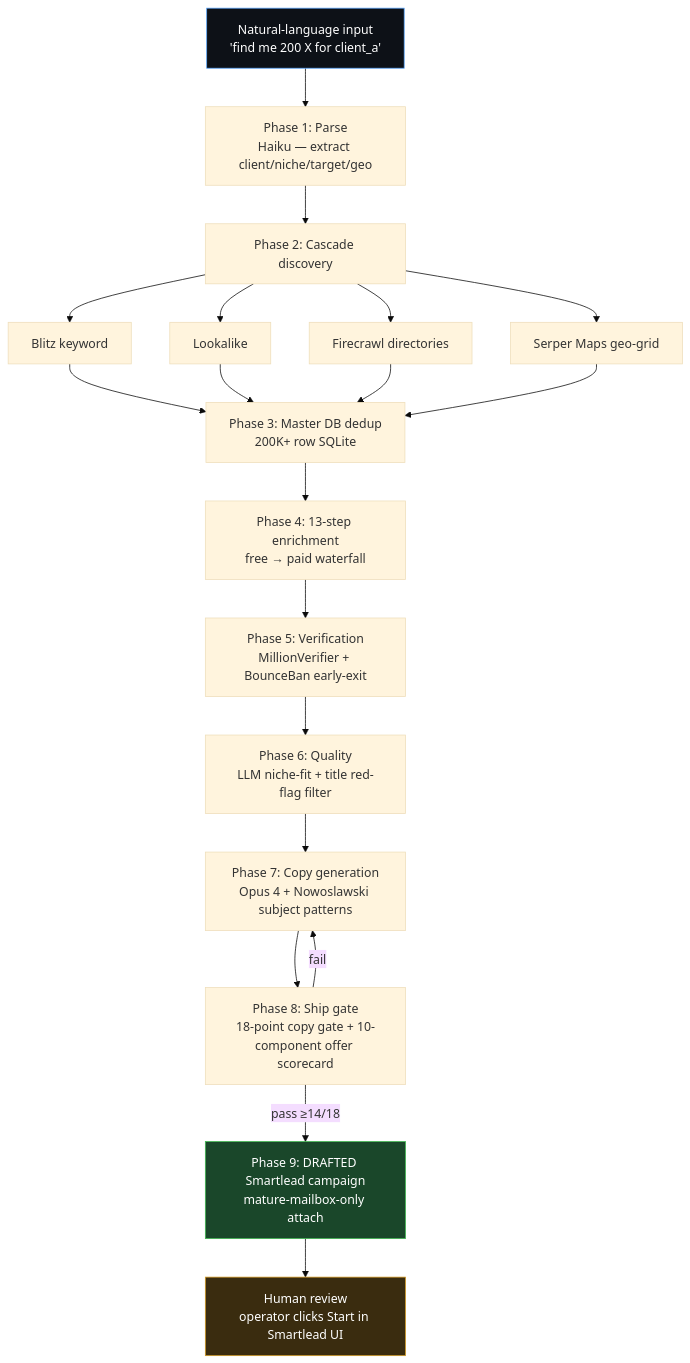
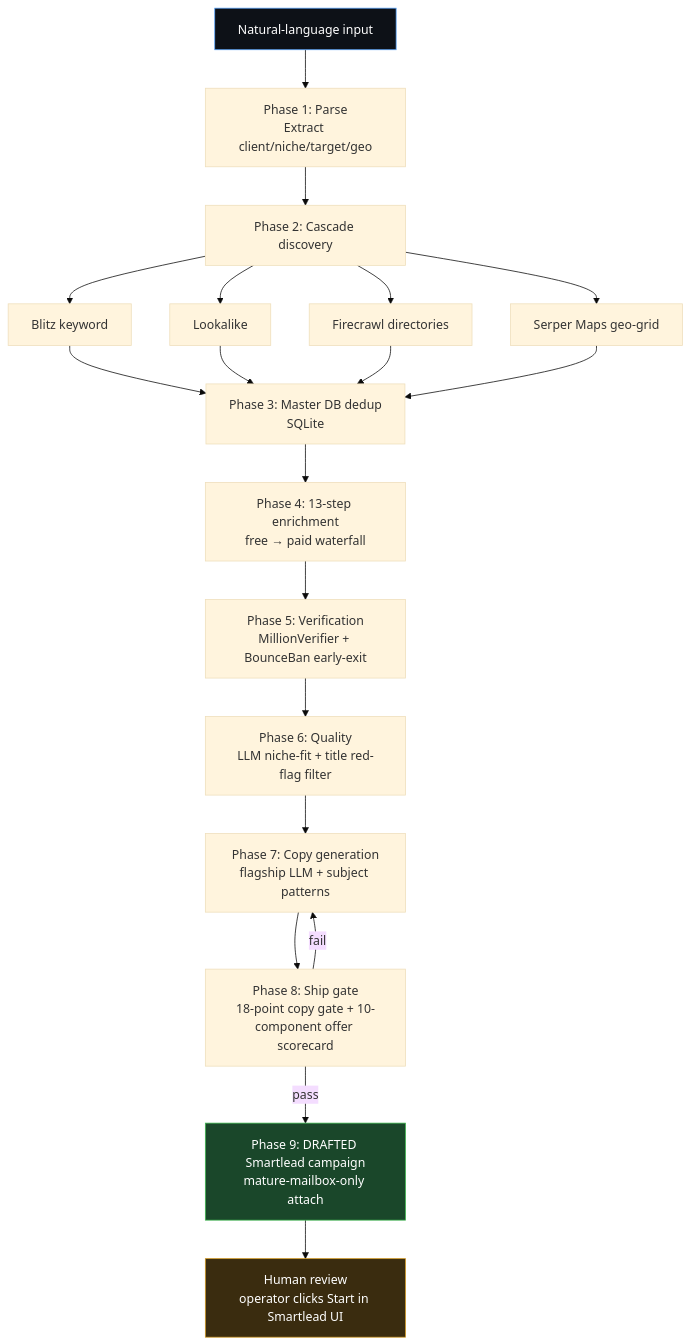
Before and after one commit to RoberickSanders/b2b-outbound-stack: the first of 5 diagrams in README.md, drawn with Mermaid (base theme). The commit also changed other lines of this file, not shown here.

````diff
--- a/README.md
+++ b/README.md
@@ -93,22 +72,22 @@
 ```mermaid
 flowchart TD
-    A[Natural-language input<br/>'find me 200 X for client_a'] --> B[Phase 1: Parse<br/>Haiku — extract client/niche/target/geo]
+    A[Natural-language input] --> B[Phase 1: Parse<br/>Extract client/niche/target/geo]
     B --> C[Phase 2: Cascade discovery]
     C --> C1[Blitz keyword]
     C --> C2[Lookalike]
     C --> C3[Firecrawl directories]
     C --> C4[Serper Maps geo-grid]
-    C1 & C2 & C3 & C4 --> D[Phase 3: Master DB dedup<br/>200K+ row SQLite]
+    C1 & C2 & C3 & C4 --> D[Phase 3: Master DB dedup<br/>SQLite]
     D --> E[Phase 4: 13-step enrichment<br/>free → paid waterfall]
     E --> F[Phase 5: Verification<br/>MillionVerifier + BounceBan early-exit]
     F --> G[Phase 6: Quality<br/>LLM niche-fit + title red-flag filter]
-    G --> H[Phase 7: Copy generation<br/>Opus 4 + Nowoslawski subject patterns]
+    G --> H[Phase 7: Copy generation<br/>flagship LLM + subject patterns]
     H --> I[Phase 8: Ship gate<br/>18-point copy gate + 10-component offer scorecard]
-    I -->|pass ≥14/18| J[Phase 9: DRAFTED Smartlead campaign<br/>mature-mailbox-only attach]
+    I -->|pass| J[Phase 9: DRAFTED Smartlead campaign<br/>mature-mailbox-only attach]
     I -->|fail| H
     J --> K[Human review<br/>operator clicks Start in Smartlead UI]
 
     style A fill:#0d1117,color:#fff,stroke:#58a6ff
     style J fill:#1a472a,color:#fff,stroke:#3fb950
     style K fill:#3a2c0f,color:#fff,stroke:#d29922
 ```
````
